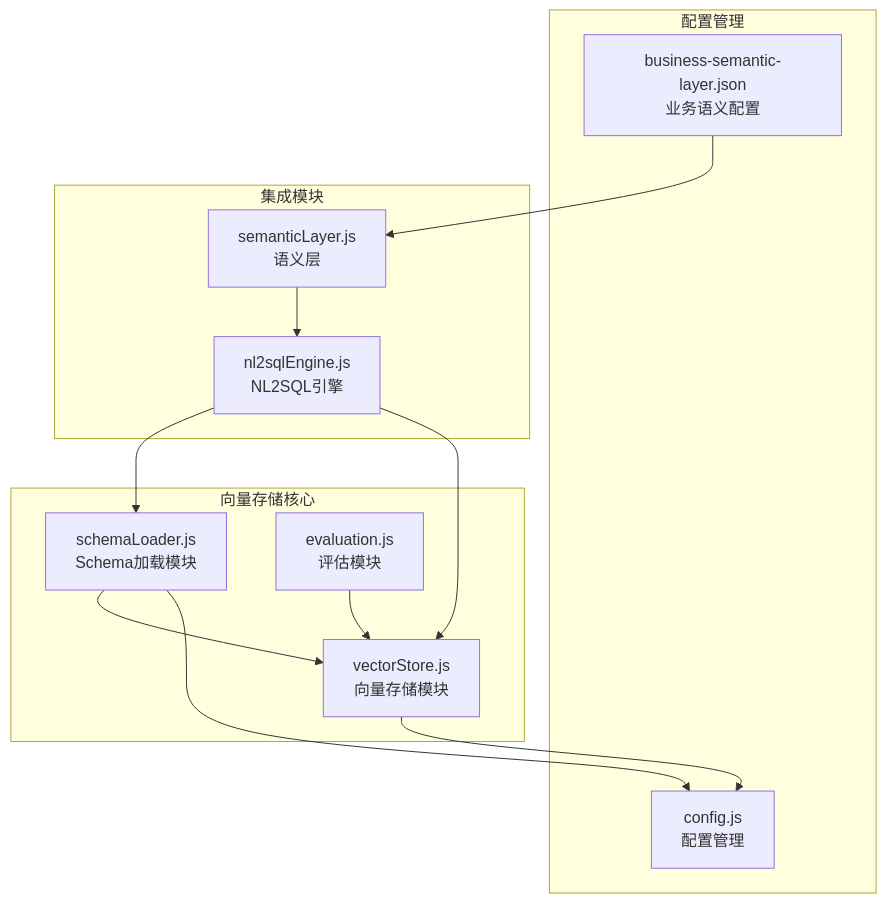
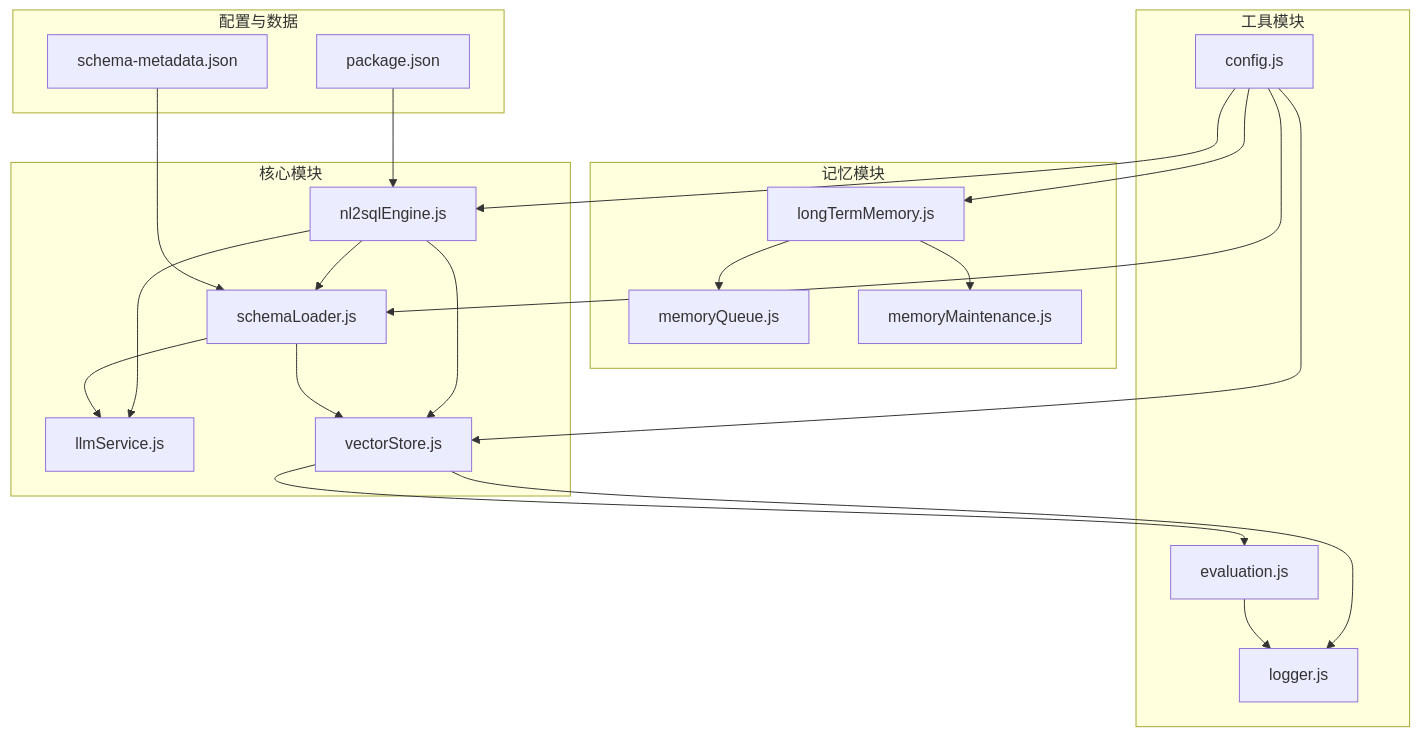
Before and after one commit to HanHuiOnLine/724-office: the first of 9 diagrams in NL2SQL/.qoder/repowiki/zh/content/记忆系统/向量存储系统.md, drawn with Mermaid. The commit also changed other lines of this file and 203 other files, not shown here.

````diff
--- a/NL2SQL/.qoder/repowiki/zh/content/记忆系统/向量存储系统.md
+++ b/NL2SQL/.qoder/repowiki/zh/content/记忆系统/向量存储系统.md
@@ -41,24 +37,39 @@
 ```mermaid
 graph TB
-subgraph "向量存储核心"
-VS[vectorStore.js<br/>向量存储模块]
-SL[schemaLoader.js<br/>Schema加载模块]
-EL[evaluation.js<br/>评估模块]
+subgraph "核心模块"
+A[nl2sqlEngine.js]
+B[schemaLoader.js]
+C[llmService.js]
+D[vectorStore.js]
 end
-subgraph "配置管理"
-CFG[config.js<br/>配置管理]
-BSL[business-semantic-layer.json<br/>业务语义配置]
+subgraph "记忆模块"
+E[longTermMemory.js]
+F[memoryQueue.js]
+G[memoryMaintenance.js]
 end
-subgraph "集成模块"
-NLE[nl2sqlEngine.js<br/>NL2SQL引擎]
-SEM[semanticLayer.js<br/>语义层]
+subgraph "工具模块"
+H[evaluation.js]
+I[logger.js]
+J[config.js]
 end
-VS --> CFG
-SL --> VS
-SL --> CFG
-EL --> VS
-NLE --> SL
-NLE --> VS
-SEM --> NLE
-BSL --> SEM
+subgraph "配置与数据"
+K[schema-metadata.json]
+L[package.json]
+end
+A --> B
+A --> C
+A --> D
+B --> D
+B --> C
+D --> H
+D --> I
+E --> F
+E --> G
+H --> I
+J --> A
+J --> B
+J --> D
+J --> E
+K --> B
+L --> A
 ```
````
